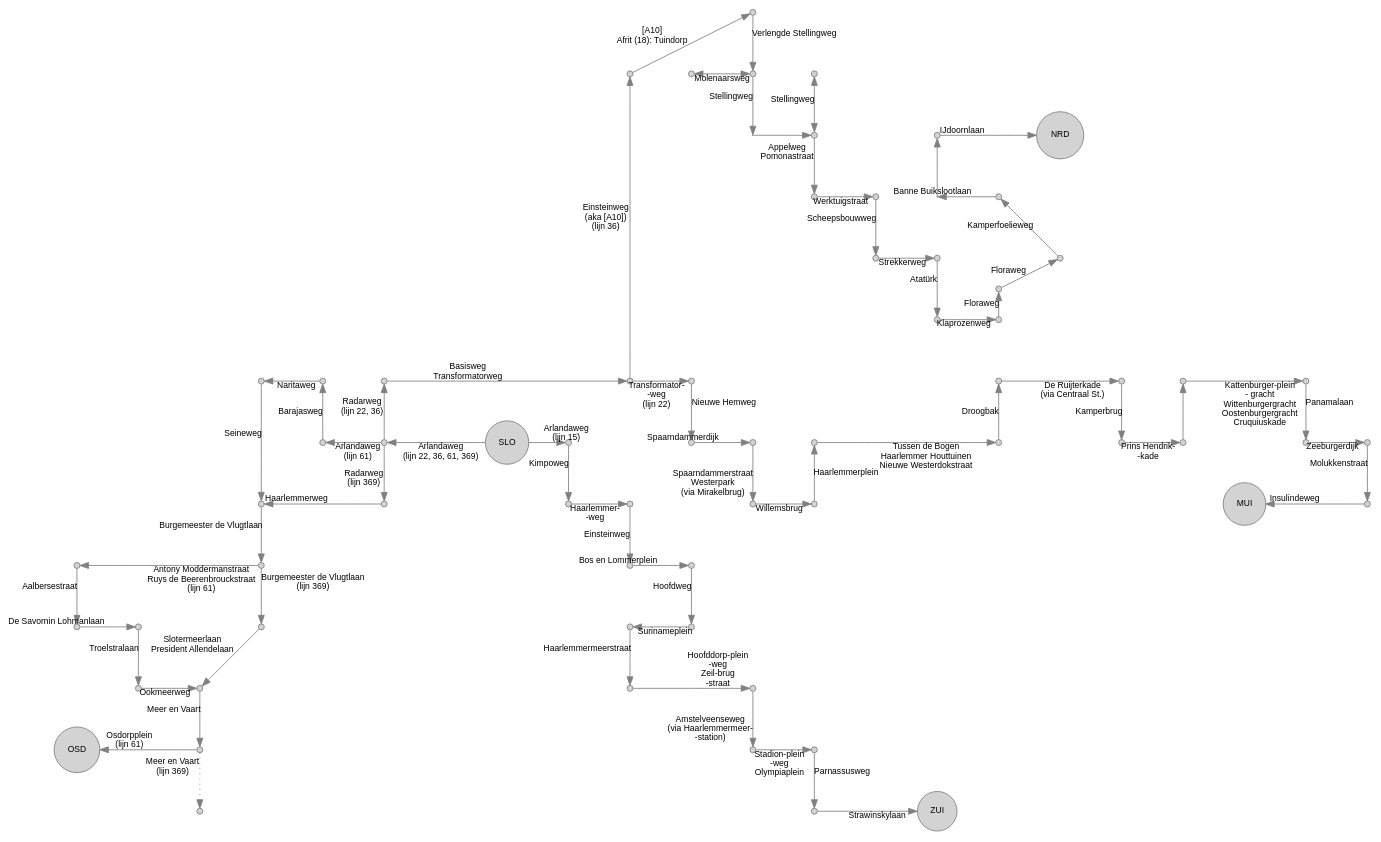
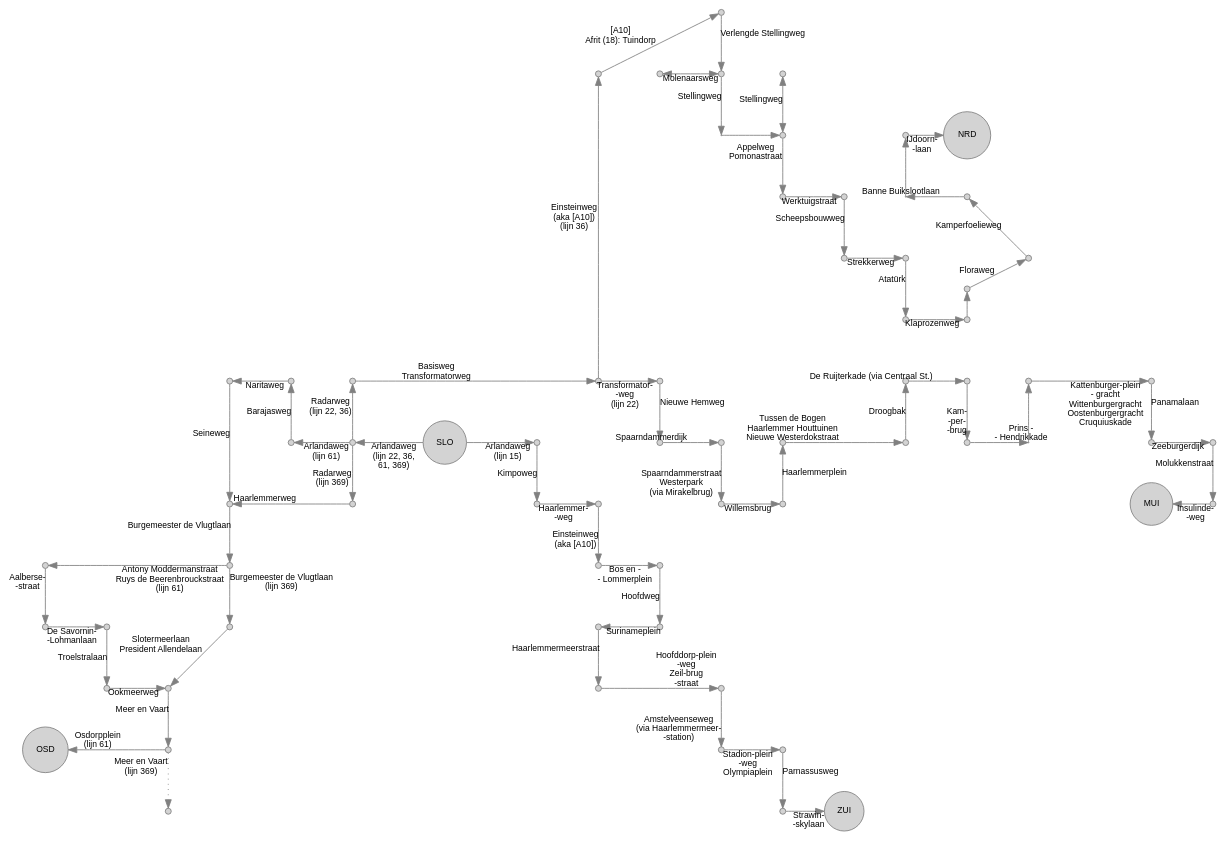
The diagram in gvb/SLO.gv (JacekPardyak/bus), drawn with Graphviz before and after one commit. The commit also changed 33 other files, not shown here.

```diff
--- a/gvb/SLO.gv
+++ b/gvb/SLO.gv
@@ -1,190 +1,199 @@
 digraph G {
   layout = neato
   node [shape = circle, style = filled, fillcolor = lightgray, color=gray, height=0.1, label = "", fontsize = 10, fontname = "Arial"]
   edge [color=gray, fontsize = 10, fontname = "Arial"]
 
-  1500 [pos = " 0, 0!", label = "SLO"]
+  1500 [pos = "-0.5, 0!", label = "SLO"]
   1501 [pos = " 1, 0!"]
   1502 [pos = " 1,-1!"]
   1503 [pos = " 2,-1!"]
   1504 [pos = " 2,-2!"]
   1505 [pos = " 3,-2!"]
   1506 [pos = " 3,-3!"]
   1507 [pos = " 2,-3!"]
   1508 [pos = " 2,-4!"]
   1509 [pos = " 4,-4!"]
   1510 [pos = " 4,-5!"]
   1511 [pos = " 5,-5!"]
   1512 [pos = " 5,-6!"]
-  1513 [pos = " 7,-6!", label = "ZUI"]
+  1513 [pos = " 6,-6!", label = "ZUI"]
   
   2200 [pos = " 2, 1!"]
   2201 [pos = "-2, 0!"]
   2202 [pos = "-2, 1!"]
   2203 [pos = " 3, 1!"]
   2204 [pos = " 3, 0!"]
   2205 [pos = " 4, 0!"]
   2206 [pos = " 4,-1!"]
   2207 [pos = " 5,-1!"]
   2208 [pos = " 5, 0!"]
-  2209 [pos = " 8, 0!"]
-  2210 [pos = " 8, 1!"]
-  2211 [pos = "10, 1!"]
-  2212 [pos = "10, 0!"]
-  2213 [pos = "11, 0!"]
-  2214 [pos = "11, 1!"]
-  2215 [pos = "13, 1!"]
-  2216 [pos = "13, 0!"]
-  2217 [pos = "14, 0!"]
-  2218 [pos = "14,-1!"]
-  2219 [pos = "12,-1!", label = "MUI"]
+  2209 [pos = " 7, 0!"]
+  2210 [pos = " 7, 1!"]
+  2211 [pos = " 8, 1!"]
+  2212 [pos = " 8, 0!"]
+  2213 [pos = " 9, 0!", height=0.01]
+  2214 [pos = " 9, 1!"]
+  2215 [pos = "11, 1!"]
+  2216 [pos = "11, 0!"]
+  2217 [pos = "12, 0!"]
+  2218 [pos = "12,-1!"]
+  2219 [pos = "11,-1!", label = "MUI"]
   
   3602 [pos = " 2, 6!"]
   3603 [pos = " 4, 7!"]
   3604 [pos = " 4, 6!"]
   3605 [pos = " 3, 6!"]
   3606 [pos = " 4, 5!", height=0.01]
   3607 [pos = " 5, 5!"]
   3608 [pos = " 5, 6!"]
   3609 [pos = " 5, 4!"]
   3610 [pos = " 6, 4!"]
   3611 [pos = " 6, 3!"]
   3612 [pos = " 7, 3!"]
   3613 [pos = " 7, 2!"]
   3614 [pos = " 8, 2!"]
   3615 [pos = " 8, 2.5!"]
   3616 [pos = " 9, 3!"]
   3617 [pos = " 8, 4!"]
   3618 [pos = " 7, 4!", height=0.01]
   3619 [pos = " 7, 5!"]
-  3620 [pos = " 9, 5!", label = "NRD"]
+  3620 [pos = " 8, 5!", label = "NRD"]
   
   6101 [pos = "-3, 0!"]
   6102 [pos = "-3, 1!"]
   6103 [pos = "-4, 1!"]
   6104 [pos = "-7,-2!"]
   6105 [pos = "-7,-3!"]  
   6106 [pos = "-6,-3!"]  
   6107 [pos = "-6,-4!"]  
   6108 [pos = "-5,-4!"]  
   6109 [pos = "-5,-5!"]  
   6110 [pos = "-7,-5!", label = "OSD"]
   
   36901 [pos = "-2,-1!"]
   36902 [pos = "-4,-1!"] 
   36903 [pos = "-4,-2!"] 
   36904 [pos = "-4,-3!"]
   36905 [pos = "-5,-6!"]
   
   
   1500 -> 1501 [label = "Arlandaweg 
  (lijn 15)"]
   1501 -> 1502 [label = "Kimpoweg"]
   1502 -> 1503 [label = "Haarlemmer-
 -weg"]
-  1503 -> 1504 [label = "Einsteinweg"]
-  1504 -> 1505 [label = "Bos en Lommerplein"]
+  1503 -> 1504 [label = "Einsteinweg
+(aka [A10])"]
+  1504 -> 1505 [label = "Bos en -
+- Lommerplein"]
   1505 -> 1506 [label = "Hoofdweg"]
   1506 -> 1507 [label = "Surinameplein"]
   1507 -> 1508 [label = "Haarlemmermeerstraat"]
   1508 -> 1509 [label = "Hoofddorp-plein 
  -weg 
  Zeil-brug 
  -straat"]
   1509 -> 1510 [label = "Amstelveenseweg 
  (via Haarlemmermeer-
 -station)"]
   1510 -> 1511 [label = "Stadion-plein 
  -weg 
  Olympiaplein"]
   1511 -> 1512 [label = "Parnassusweg"]
-  1512 -> 1513 [label = "Strawinskylaan"]
+  1512 -> 1513 [label = "Strawin-
+-skylaan"]
   
   1500 -> 2201 [label = "Arlandaweg 
- (lijn 22, 36, 61, 369)"]
+ (lijn 22, 36, 
+ 61, 369)"]
   2201 -> 2202 [label = "Radarweg 
  (lijn 22, 36)"]
   2202 -> 2200 [label = "Basisweg 
  Transformatorweg"]
   2203 -> 2204 [label = "Nieuwe Hemweg"]
   2204 -> 2205 [label = "Spaarndammerdijk"]
   2205 -> 2206 [label = "Spaarndammerstraat 
  Westerpark 
  (via Mirakelbrug)"]
   2206 -> 2207 [label = "Willemsbrug"]
   2207 -> 2208 [label = "Haarlemmerplein"]
   2208 -> 2209 [label = "Tussen de Bogen 
  Haarlemmer Houttuinen 
  Nieuwe Westerdokstraat"]
   2209 -> 2210 [label = "Droogbak"]
-  2210 -> 2211 [label = "De Ruijterkade 
- (via Centraal St.)"]
-  2211 -> 2212 [label = "Kamperbrug"]
-  2212 -> 2213 [label = "Prins Hendrik-
--kade"]
+  2210 -> 2211 [label = "De Ruijterkade (via Centraal St.)"]
+  2211 -> 2212 [label = "Kam-
+-per-
+-brug"]
+  2212 -> 2213 [label = "Prins -
+- Hendrikkade"]
   2213 -> 2214 [label = ""]
   2214 -> 2215 [label = "Kattenburger-plein 
  - gracht 
  Wittenburgergracht 
  Oostenburgergracht 
  Cruquiuskade"]
   2215 -> 2216 [label = "Panamalaan"]
   2216 -> 2217 [label = "Zeeburgerdijk"]
   2217 -> 2218 [label = "Molukkenstraat"]
-  2218 -> 2219 [label = "Insulindeweg"]
+  2218 -> 2219 [label = "Insulinde-
+-weg"]
   
   2200 -> 3602 [label = "Einsteinweg 
  (aka [A10])
  (lijn 36)"]
   2200 -> 2203 [label = "Transformator-
 -weg 
  (lijn 22)"]
   3602 -> 3603 [label = "[A10] 
  Afrit (18): Tuindorp"]
   3603 -> 3604 [label = "Verlengde Stellingweg"]
   3604 -> 3605 [dir = "both", label = "Molenaarsweg"]
   3604 -> 3606 [label = "Stellingweg"]
   3606 -> 3607 [label = ""]
   3607 -> 3608 [dir = "both", label = "Stellingweg"]
   3607 -> 3609 [label = "Appelweg 
  Pomonastraat"]
   3609 -> 3610 [label = "Werktuigstraat"]
   3610 -> 3611 [label = "Scheepsbouwweg"]
   3611 -> 3612 [label = "Strekkerweg"]
   3612 -> 3613 [label = "Atatürk"]
   3613 -> 3614 [label = "Klaprozenweg"]
-  3614 -> 3615 [label = "Floraweg"]
+  3614 -> 3615 [label = ""]
   3615 -> 3616 [label = "Floraweg"]
   3616 -> 3617 [label = "Kamperfoelieweg"]
   3617 -> 3618 [label = "Banne Buikslootlaan"]
   3618 -> 3619 [label = ""]
-  3619 -> 3620 [label = "IJdoornlaan"]
+  3619 -> 3620 [label = "IJdoorn-
+-laan"]
   
   2201 -> 6101 [label = "Arlandaweg 
  (lijn 61)"]
   6101 -> 6102 [label = "Barajasweg"]
   6102 -> 6103 [label = "Naritaweg"]
   6103 -> 36902 [label = "Seineweg"]
-  6104 -> 6105 [label = "Aalbersestraat"]  
-  6105 -> 6106 [label = "De Savornin Lohmanlaan"]  
+  6104 -> 6105 [label = "Aalberse-
+-straat"]  
+  6105 -> 6106 [label = "De Savornin- 
+ -Lohmanlaan"]  
   6106 -> 6107 [label = "Troelstralaan"]  
   6107 -> 6108 [label = "Ookmeerweg"]  
   6108 -> 6109 [label = "Meer en Vaart"]  
   6109 -> 6110 [label = "Osdorpplein 
  (lijn 61)"]  
   
   2201 -> 36901 [label = "Radarweg 
  (lijn 369)"]
   36901 -> 36902 [label = "Haarlemmerweg"]
   36902 -> 36903 [label = "Burgemeester de Vlugtlaan"]
   36903 -> 6104 [label = "Antony Moddermanstraat 
  Ruys de Beerenbrouckstraat 
  (lijn 61)"]
   36903 -> 36904 [label = "Burgemeester de Vlugtlaan 
  (lijn 369)"]
   36904 -> 6108 [label = "Slotermeerlaan 
  President Allendelaan"]
   6109 -> 36905 [label = "Meer en Vaart 
  (lijn 369)", style=dotted ] 
   
 }
```
